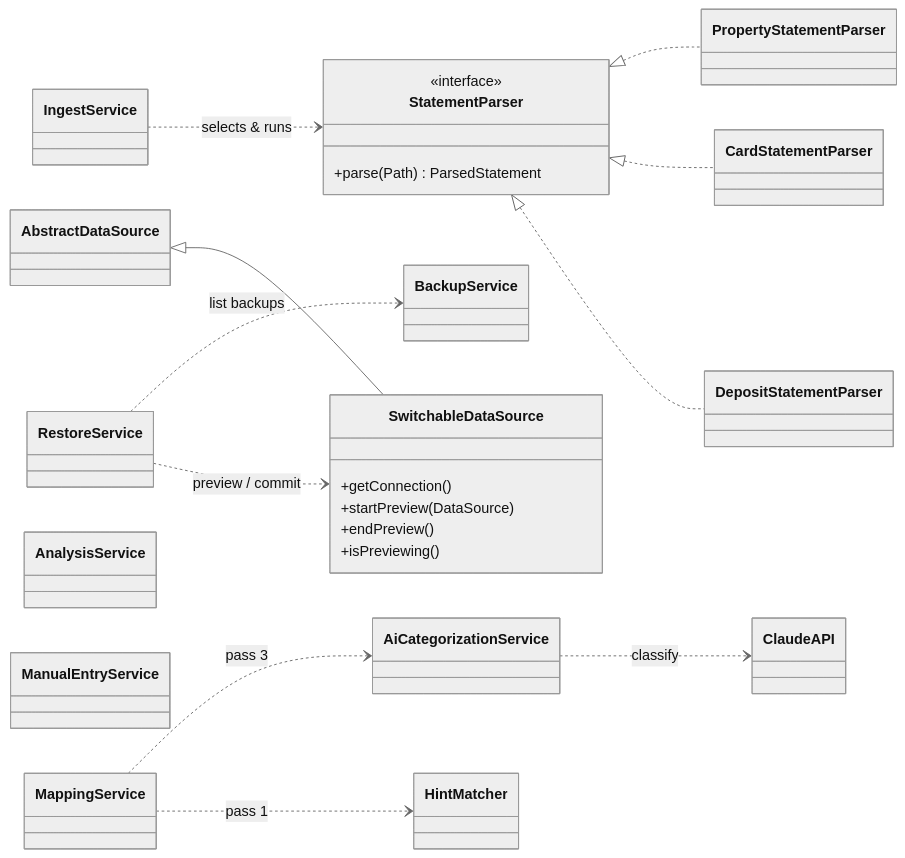
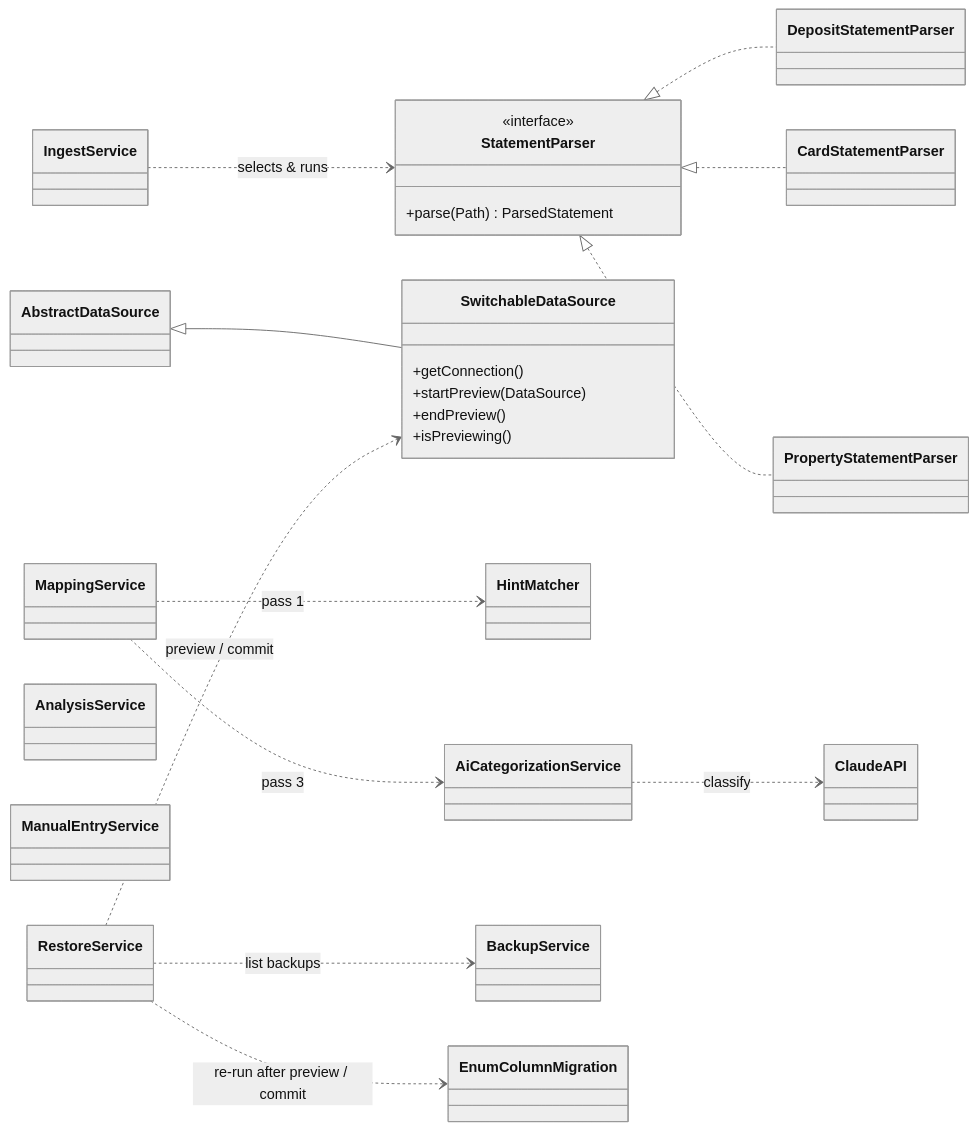
Before and after one commit to glbabior/pig-purchase-tracking: the fourth of 5 diagrams in docs/ARCHITECTURE.md, drawn with Mermaid (neutral theme). The commit also changed other lines of this file and 1 other file, not shown here.

````diff
--- a/docs/ARCHITECTURE.md
+++ b/docs/ARCHITECTURE.md
@@ -299,40 +302,42 @@
 ```mermaid
 classDiagram
     direction LR
 
     class StatementParser {
         <<interface>>
         +parse(Path) ParsedStatement
     }
     class DepositStatementParser
     class CardStatementParser
     class PropertyStatementParser
     StatementParser <|.. DepositStatementParser
     StatementParser <|.. CardStatementParser
     StatementParser <|.. PropertyStatementParser
 
     class SwitchableDataSource {
         +getConnection()
         +startPreview(DataSource)
         +endPreview()
         +isPreviewing()
     }
     class AbstractDataSource
     AbstractDataSource <|-- SwitchableDataSource
 
     class IngestService
     class MappingService
     class HintMatcher
     class AiCategorizationService
     class AnalysisService
     class ManualEntryService
     class BackupService
     class RestoreService
 
     IngestService ..> StatementParser : selects & runs
     MappingService ..> HintMatcher : pass 1
     MappingService ..> AiCategorizationService : pass 3
     AiCategorizationService ..> ClaudeAPI : classify
+    class EnumColumnMigration
     RestoreService ..> SwitchableDataSource : preview / commit
     RestoreService ..> BackupService : list backups
+    RestoreService ..> EnumColumnMigration : re-run after preview / commit
 ```
````
